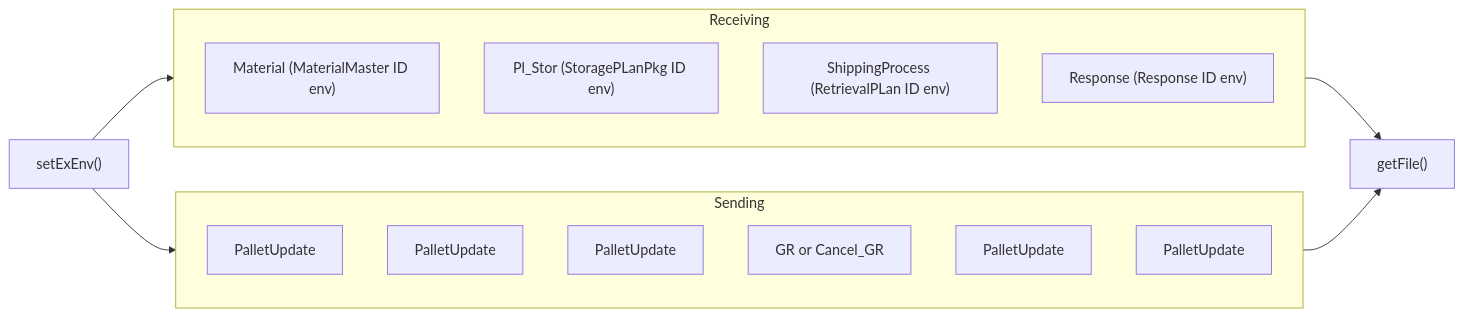
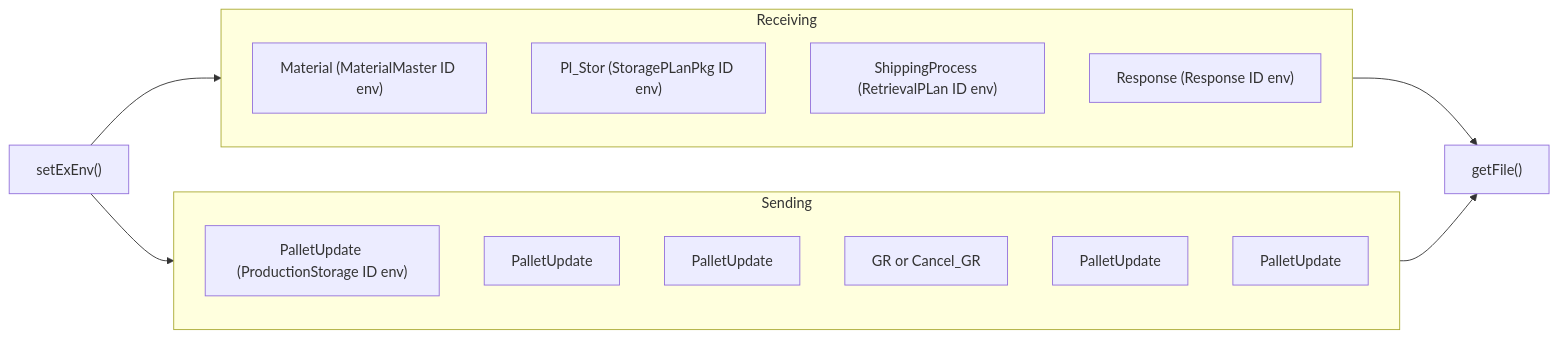
Before and after one commit to luthfiadityaa/SimeDarby-Wiki: the sixth of 6 diagrams in Basic-Design/Host-Interfaces.md, drawn with Mermaid.

Commit message:
Updated Host Interfaces

```diff
--- a/Basic-Design/Host-Interfaces.md
+++ b/Basic-Design/Host-Interfaces.md
@@ -444,23 +444,23 @@
 ::: mermaid
 flowchart LR
  E1["getFile()"]
  C1["setExEnv()"]  
  C1 --> Receiving --> E1
  C1 --> Sending --> E1
 
 subgraph Receiving
  C21["Material (MaterialMaster ID env)"]
  C22["Pl_Stor (StoragePLanPkg ID env)"] 
  C23["ShippingProcess (RetrievalPLan ID env)"] 
  C24["Response (Response ID env)"]
 end
 
 subgraph Sending
- C25["PalletUpdate"]
+ C25["PalletUpdate (ProductionStorage ID env)"]
  C26["PalletUpdate"]
  C27["PalletUpdate"] 
  C28["GR or Cancel_GR"]
  C29["PalletUpdate"] 
  C30["PalletUpdate"] 
 end 
 :::
```
